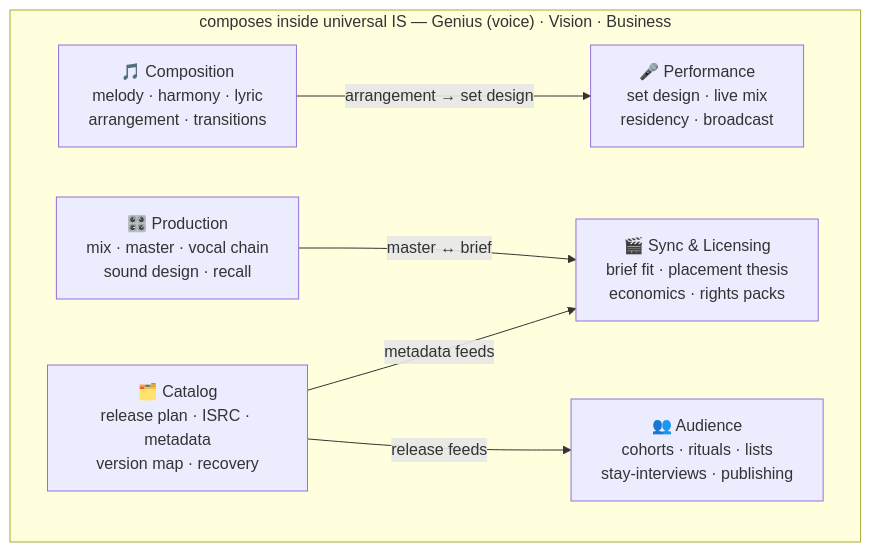
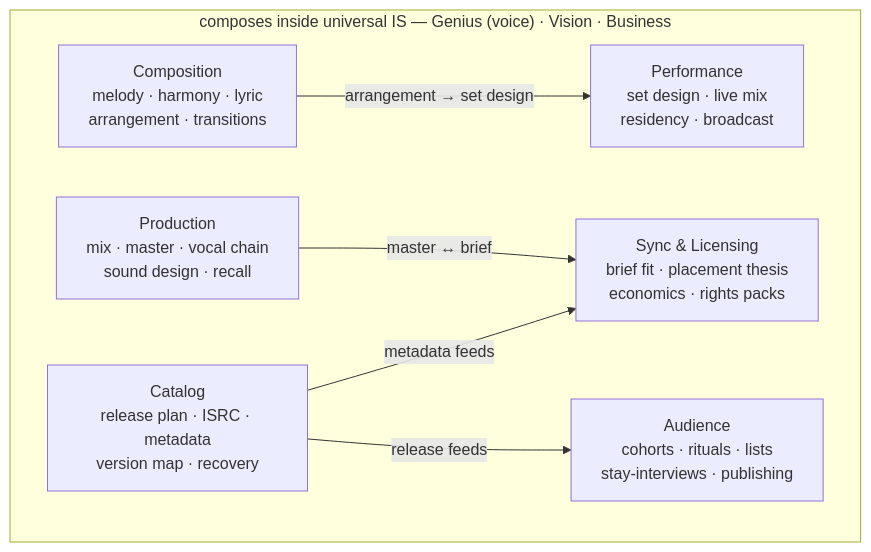
One commit to frankxai/music-intelligence-systems changed the diagram in README.md. Above: the diagram before and after it, drawn with Mermaid. The commit also changed other lines of this file, not shown here.

First line of the commit message:
docs(readme): drop emoji and unsupported claims from the charter (#5)

````diff
--- a/README.md
+++ b/README.md
@@ -76,17 +76,17 @@
 ```mermaid
 flowchart TB
     subgraph Universal["composes inside universal IS — Genius (voice) · Vision · Business"]
         direction LR
-        Comp["🎵 Composition<br/>melody · harmony · lyric<br/>arrangement · transitions"]
-        Prod["🎛️ Production<br/>mix · master · vocal chain<br/>sound design · recall"]
-        Cat["🗂️ Catalog<br/>release plan · ISRC · metadata<br/>version map · recovery"]
-        Perf["🎤 Performance<br/>set design · live mix<br/>residency · broadcast"]
-        Aud["👥 Audience<br/>cohorts · rituals · lists<br/>stay-interviews · publishing"]
-        Sync["🎬 Sync & Licensing<br/>brief fit · placement thesis<br/>economics · rights packs"]
+        Comp["Composition<br/>melody · harmony · lyric<br/>arrangement · transitions"]
+        Prod["Production<br/>mix · master · vocal chain<br/>sound design · recall"]
+        Cat["Catalog<br/>release plan · ISRC · metadata<br/>version map · recovery"]
+        Perf["Performance<br/>set design · live mix<br/>residency · broadcast"]
+        Aud["Audience<br/>cohorts · rituals · lists<br/>stay-interviews · publishing"]
+        Sync["Sync & Licensing<br/>brief fit · placement thesis<br/>economics · rights packs"]
     end
 
     Comp -->|arrangement → set design| Perf
     Cat -->|metadata feeds| Sync
     Cat -->|release feeds| Aud
     Prod -->|master ↔ brief| Sync
 ```
````
